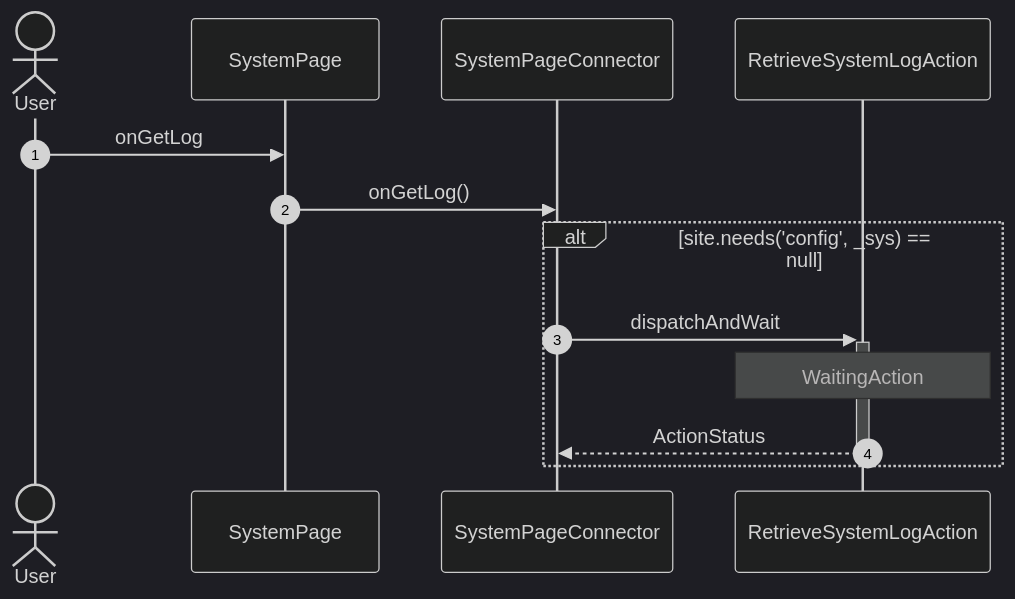
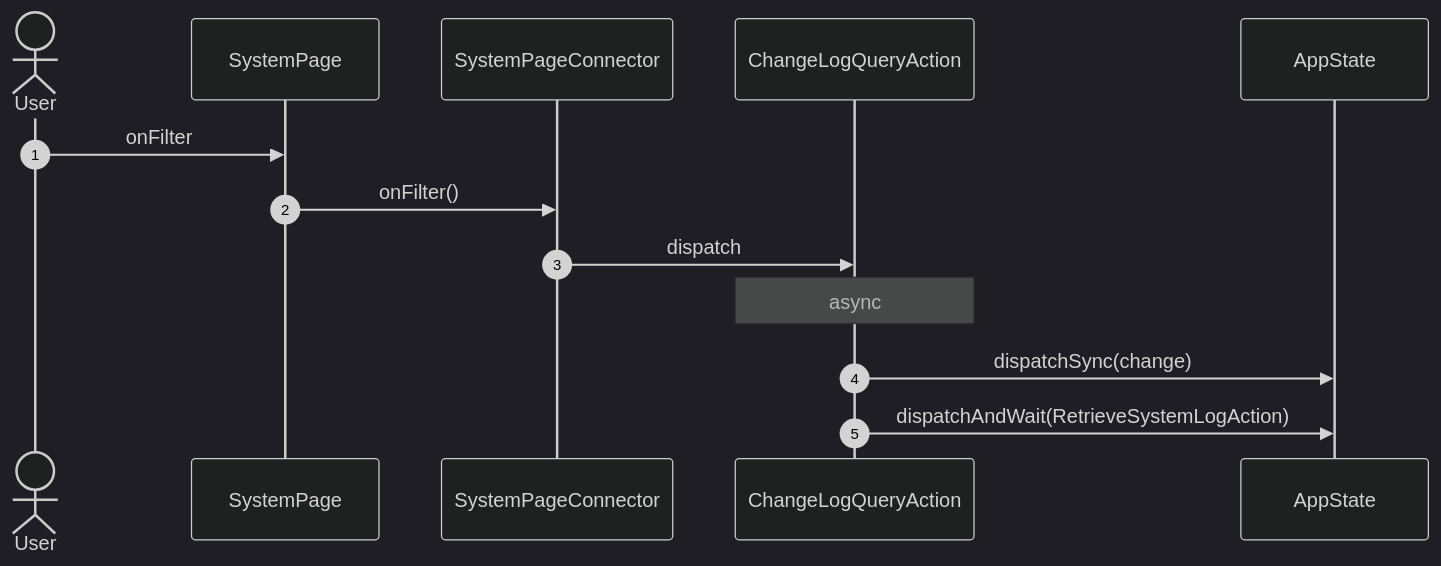
Before and after one commit to gencto/wyrm: diagram 15 of 26 in studio/docs/flows/system.md, drawn with Mermaid (dark theme). The commit also changed other lines of this file and 88 other files, not shown here.

First line of the commit message:
studio: system: typed values, words in ui, one action per intent

````diff
--- a/studio/docs/flows/system.md
+++ b/studio/docs/flows/system.md
@@ -332,16 +253,16 @@
 ```mermaid
 sequenceDiagram
     autonumber
     actor User
     participant UI as SystemPage
     participant VM as SystemPageConnector
-    participant A1 as RetrieveSystemLogAction
+    participant A1 as ChangeLogQueryAction
+    participant ST as AppState
 
-    User->>UI: onGetLog
-    UI->>VM: onGetLog()
-    alt site.needs('config', _sys) == null
-        VM->>+A1: dispatchAndWait
-        Note over A1: WaitingAction
-        A1-->>-VM: ActionStatus
-    end
+    User->>UI: onFilter
+    UI->>VM: onFilter()
+    VM->>A1: dispatch
+    Note over A1: async
+    A1->>ST: dispatchSync(change)
+    A1->>ST: dispatchAndWait(RetrieveSystemLogAction)
 ```
````
